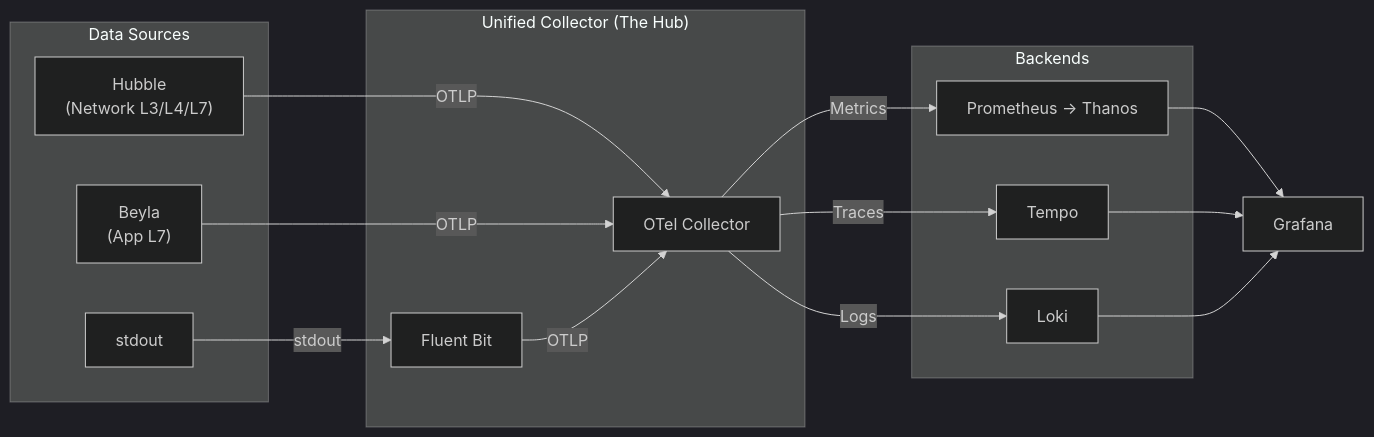
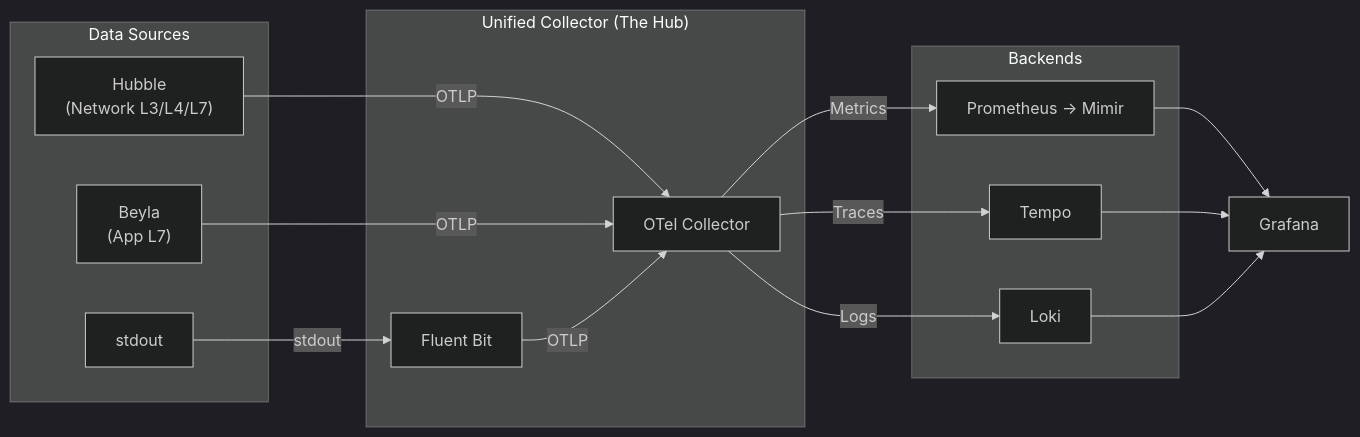
The second of 3 diagrams in kubernetes/README.md (panicboat/platform), drawn with Mermaid (dark theme) before and after one commit. The commit also changed other lines of this file and 17 other files, not shown here.

````diff
--- a/kubernetes/README.md
+++ b/kubernetes/README.md
@@ -71,33 +71,33 @@
 ```mermaid
 flowchart LR
     subgraph Sources["Data Sources"]
         H["Hubble<br/>(Network L3/L4/L7)"]
         B["Beyla<br/>(App L7)"]
         L["stdout"]
     end
 
     subgraph Collector["Unified Collector (The Hub)"]
         FB["Fluent Bit"]
         OTel["OTel Collector"]
     end
 
     subgraph Backends["Backends"]
-        P["Prometheus → Thanos"]
+        P["Prometheus → Mimir"]
         T["Tempo"]
         LO["Loki"]
     end
 
     H -->|OTLP| OTel
     B -->|OTLP| OTel
     L -->|stdout| FB
 
     FB -->|OTLP| OTel
 
     OTel -->|Metrics| P
     OTel -->|Traces| T
     OTel -->|Logs| LO
 
     P --> Grafana
     T --> Grafana
     LO --> Grafana
 ```
````
